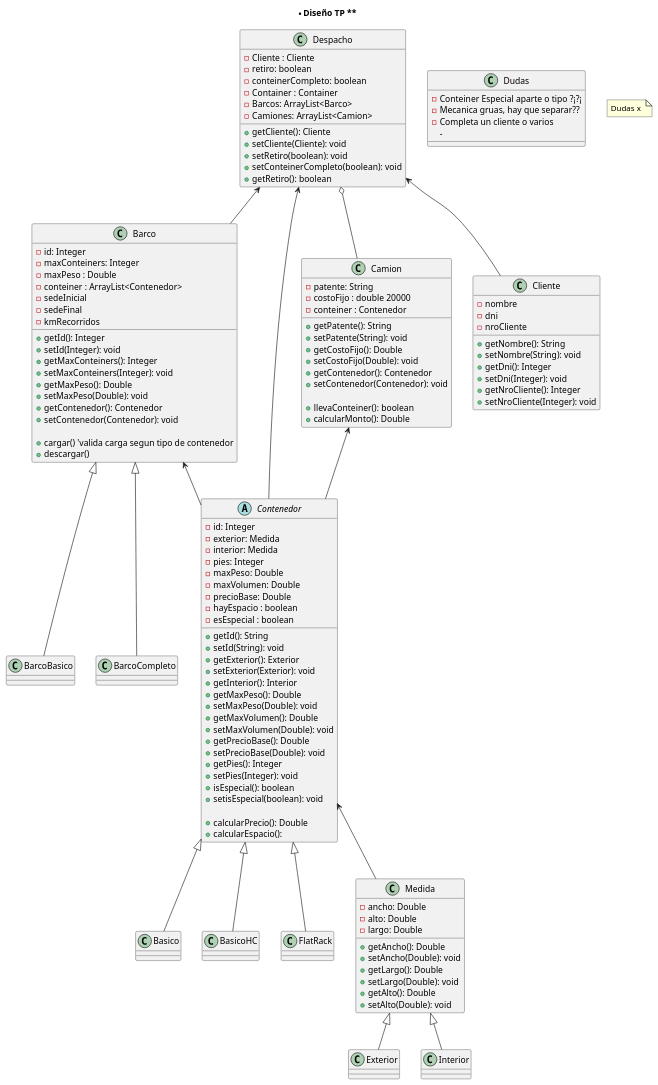
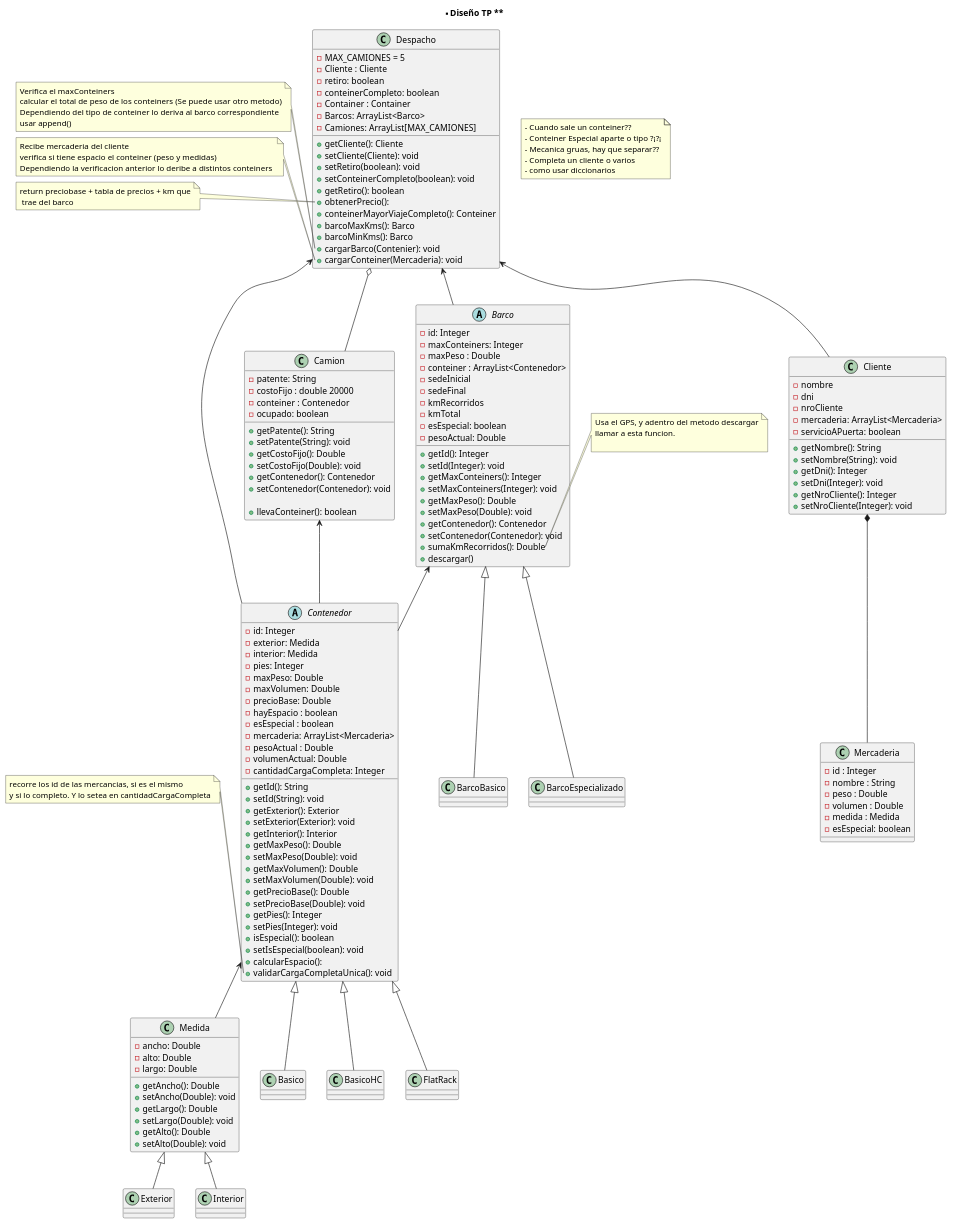
One commit to LMontes94/TP-Containers changed the diagram in Diagrama/TP-Containers.puml. Above: the diagram before and after it, drawn with PlantUML.

Commit message:
puliendo UML

```diff
--- a/Diagrama/TP-Containers.puml
+++ b/Diagrama/TP-Containers.puml
@@ -2,7 +2,7 @@
 
 title ** Diseño TP **
 
-class Barco{
+abstract class Barco{
    - id: Integer
    - maxConteiners: Integer
    - maxPeso : Double 
@@ -10,6 +10,9 @@
    - sedeInicial
    - sedeFinal 
    - kmRecorridos 
+   - kmTotal
+   - esEspecial: boolean 
+   - pesoActual: Double 
 
    + getId(): Integer 
    + setId(Integer): void
@@ -19,28 +22,16 @@
    + setMaxPeso(Double): void
    + getContenedor(): Contenedor
    + setContenedor(Contenedor): void
-   
-   + cargar() 'valida carga segun tipo de contenedor
+   + sumaKmRecorridos(): Double 
    + descargar()
-}
-
-
-class BarcoBasico{
 
 }
-
-class BarcoCompleto{
-
-}
-
-Barco <|-- BarcoBasico
-Barco <|-- BarcoCompleto
-Barco <-- Contenedor
 
 class Camion{
    - patente: String 
    - costoFijo : double 20000 
    - conteiner : Contenedor 
+   - ocupado: boolean 
 
    + getPatente(): String
    + setPatente(String): void
@@ -50,10 +41,7 @@
    + setContenedor(Contenedor): void
 
    + llevaConteiner(): boolean
-   + calcularMonto(): Double
 }
-
-Camion <-- Contenedor
 
 abstract Class Contenedor{
    - id: Integer 
@@ -65,6 +53,10 @@
    - precioBase: Double
    - hayEspacio : boolean 
    - esEspecial : boolean
+   - mercaderia: ArrayList<Mercaderia>
+   - pesoActual : Double 
+   - volumenActual: Double 
+   - cantidadCargaCompleta: Integer 
 
    + getId(): String 
    + setId(String): void
@@ -80,33 +72,10 @@
    + getPies(): Integer 
    + setPies(Integer): void 
    + isEspecial(): boolean
-   + setisEspecial(boolean): void 
-   
-   + calcularPrecio(): Double 
+   + setIsEspecial(boolean): void 
    + calcularEspacio(): 
+   + validarCargaCompletaUnica(): void 
 }
-
-
-Contenedor <|-- Basico
-Contenedor <|-- BasicoHC
-Contenedor <|-- FlatRack
-
-Contenedor <-- Medida
-Medida <|-- Exterior 
-Medida <|-- Interior
-
-Class Basico{
-
-}
-
-Class BasicoHC{
-
-} 
-
-Class FlatRack{
-
-}
-
 
 Class Medida{
    - ancho: Double 
@@ -125,7 +94,9 @@
    - nombre
    - dni
    - nroCliente 
-   
+   - mercaderia: ArrayList<Mercaderia>
+   - servicioAPuerta: boolean 
+
    + getNombre(): String 
    + setNombre(String): void
    + getDni(): Integer 
@@ -136,33 +107,97 @@
 }
 
 class Despacho{
+   - MAX_CAMIONES = 5
    - Cliente : Cliente 
    - retiro: boolean 
    - conteinerCompleto: boolean  
    - Container : Container 
    - Barcos: ArrayList<Barco>
-   - Camiones: ArrayList<Camion>
+   - Camiones: ArrayList[MAX_CAMIONES]
 
    + getCliente(): Cliente 
    + setCliente(Cliente): void
    + setRetiro(boolean): void
    + setConteinerCompleto(boolean): void
    + getRetiro(): boolean
+   + obtenerPrecio():
+   + conteinerMayorViajeCompleto(): Conteiner 
+   + barcoMaxKms(): Barco 
+   + barcoMinKms(): Barco 
+   + cargarBarco(Contenier): void 
+   + cargarConteiner(Mercaderia): void 
 }
 
+class Mercaderia{
+   - id : Integer 
+   - nombre : String 
+   - peso : Double 
+   - volumen : Double 
+   - medida : Medida
+   - esEspecial: boolean 
+}
+
+' Relaciones 
+
+Barco <|-- BarcoBasico
+Barco <|-- BarcoEspecializado
+Barco <-- Contenedor
+
+Contenedor <|-- Basico
+Contenedor <|-- BasicoHC
+Contenedor <|-- FlatRack
+Contenedor <-- Medida
+
+Camion <-- Contenedor
+
+Medida <|-- Exterior 
+Medida <|-- Interior
 Despacho <-- Cliente
 Despacho o-- Camion
 Despacho <-- Barco
 Despacho <-- Contenedor
 
-class Dudas{ 
+Cliente *-- Mercaderia
+
+'Notas
+
+note as n1 
+   - Cuando sale un conteiner??
    - Conteiner Especial aparte o tipo ?¡?¡
    - Mecanica gruas, hay que separar??
    - Completa un cliente o varios
-   -
-}
+   - como usar diccionarios
+end note
 
-note as n1 
- Dudas x 
+note left of Despacho::cargarBarco
+  Verifica el maxConteiners
+  calcular el total de peso de los conteiners (Se puede usar otro metodo)
+  Dependiendo del tipo de conteiner lo deriva al barco correspondiente
+  usar append()
+end note 
+
+note left of Despacho::cargarConteiner
+   Recibe mercaderia del cliente
+   verifica si tiene espacio el conteiner (peso y medidas)
+   Dependiendo la verificacion anterior lo deribe a distintos conteiners 
+end note 
+
+
+note right of Barco::sumaKmRecorridos
+  Usa el GPS, y adentro del metodo descargar
+  llamar a esta funcion.
+
 end note
+
+note left of Despacho::obtenerPrecio
+  return preciobase + tabla de precios + km que
+   trae del barco
+end note 
+
+note left of Contenedor::validarCargaCompletaUnica
+  recorre los id de las mercancias, si es el mismo 
+  y si lo completo. Y lo setea en cantidadCargaCompleta
+end note
+
+
 @enduml
```
